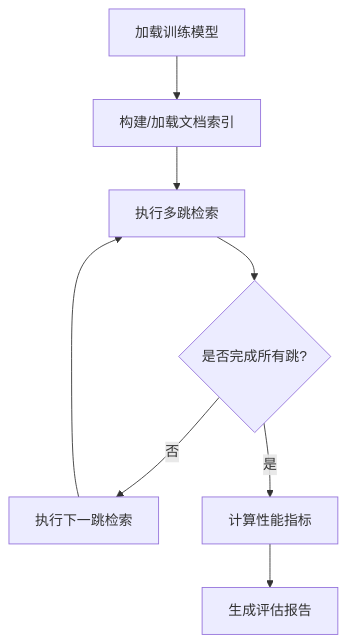
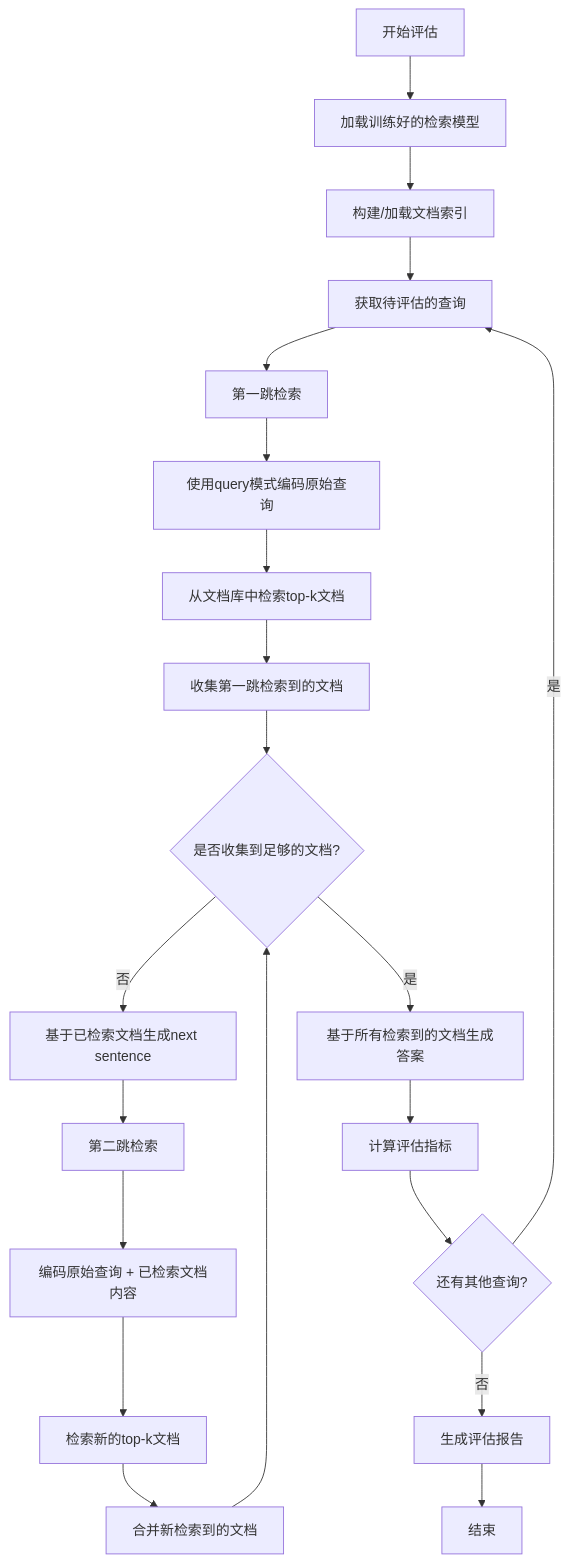
Before and after one commit to longtaizi13579/LifeMem-AgenticSearch: the second of 2 diagrams in README.md, drawn with Mermaid. The commit also changed other lines of this file and 2 other files, not shown here.

````diff
--- a/README.md
+++ b/README.md
@@ -147,10 +186,27 @@
 ```mermaid
 graph TD
-    A[加载训练模型] --> B[构建/加载文档索引]
-    B --> C[执行多跳检索]
-    C --> D{是否完成所有跳?}
-    D -->|否| E[执行下一跳检索]
-    E --> C
-    D -->|是| F[计算性能指标]
-    F --> G[生成评估报告]
+    Start[开始评估] --> LoadModel[加载训练好的检索模型]
+    LoadModel --> LoadIndex[构建/加载文档索引]
+    LoadIndex --> GetQuery[获取待评估的查询]
+    GetQuery --> Hop1[第一跳检索]
+
+    Hop1 --> EncodeQuery1[使用query模式编码原始查询]
+    EncodeQuery1 --> Retrieve1[从文档库中检索top-k文档]
+    Retrieve1 --> CollectDocs1[收集第一跳检索到的文档]
+
+    CollectDocs1 --> CheckEnough{是否收集到足够的文档?}
+    CheckEnough -->|否| GenerateNext1[基于已检索文档生成next sentence]
+    GenerateNext1 --> Hop2[第二跳检索]
+
+    Hop2 --> EncodeQuery2[编码原始查询 + 已检索文档内容]
+    EncodeQuery2 --> Retrieve2[检索新的top-k文档]
+    Retrieve2 --> CollectDocs2[合并新检索到的文档]
+    CollectDocs2 --> CheckEnough
+
+    CheckEnough -->|是| GenerateAnswer[基于所有检索到的文档生成答案]
+    GenerateAnswer --> EvaluateMetrics[计算评估指标]
+    EvaluateMetrics --> NextQuery{还有其他查询?}
+    NextQuery -->|是| GetQuery
+    NextQuery -->|否| GenerateReport[生成评估报告]
+    GenerateReport --> End[结束]
 ```
````
